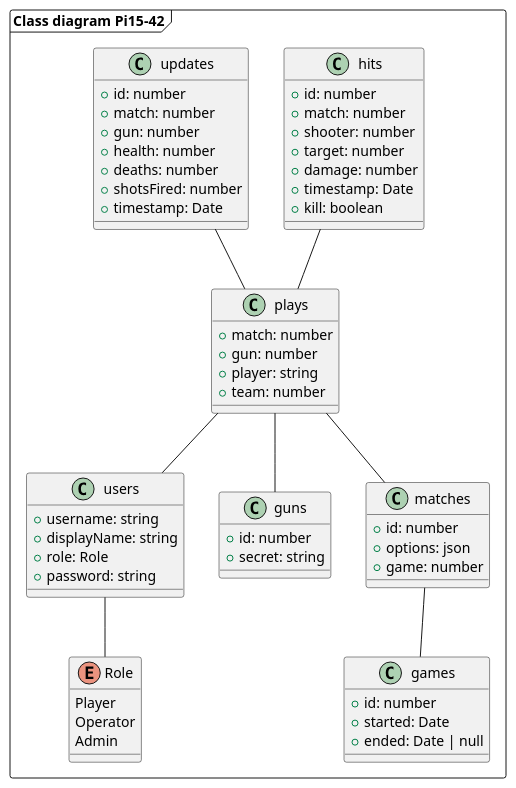
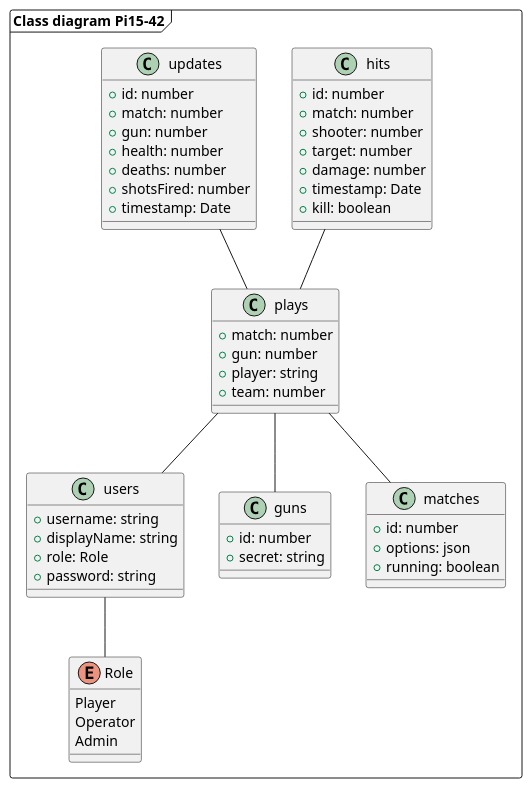
The diagram in docs/class.puml (Orange-Murker/esp32-laser-tag), drawn with PlantUML before and after one commit. The commit also changed 12 other files, not shown here.

```diff
--- a/docs/class.puml
+++ b/docs/class.puml
@@ -1,69 +1,62 @@
 @startuml
 frame "Class diagram Pi15-42" {
     Enum Role {
       Player
       Operator
       Admin
     }
 
     class users {
       +username: string
       +displayName: string
       +role: Role
       +password: string
     }
 
     class guns {
       +id: number
       +secret: string
     }
 
-    class games {
-      +id: number
-      +started: Date
-      +ended: Date | null
-    }
-
     class matches {
       +id: number
       +options: json
-      +game: number
+      +running: boolean
     }
 
     class plays {
       +match: number
       +gun: number
       +player: string
       +team: number
     }
 
     class hits {
       +id: number
       +match: number
       +shooter: number
       +target: number
       +damage: number
       +timestamp: Date
       +kill: boolean
     }
 
     class updates {
       +id: number
       +match: number
       +gun: number
       +health: number
       +deaths: number
       +shotsFired: number
       +timestamp: Date
     }
 
     users -- Role
-    matches -- games
     plays -- matches
     plays -- guns
     plays -- users
     hits -- plays
     updates -- plays
 }
 
 @enduml
```
